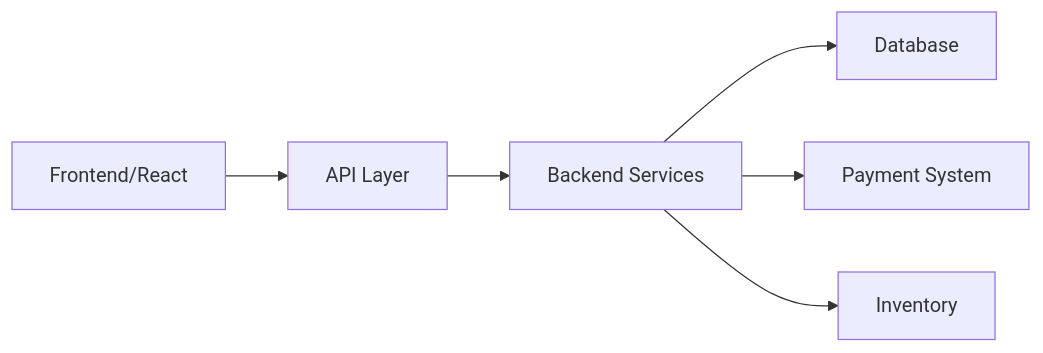
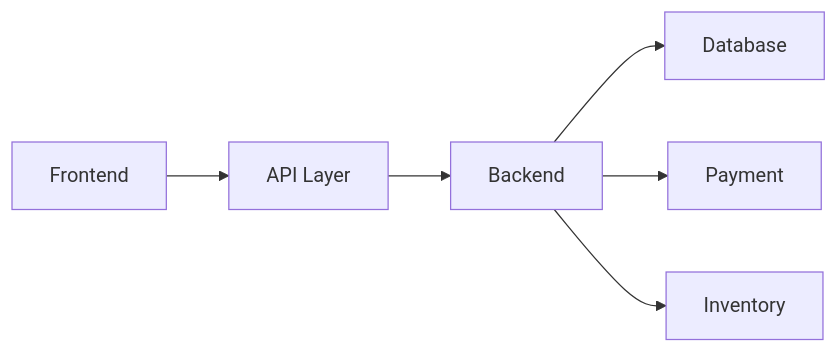
One commit to Arinhakeo/Portfolio-Project changed the seventh of 9 diagrams in presentation.md. Above: the diagram before and after it, drawn with Mermaid. The commit also changed other lines of this file and 65 other files, not shown here.

````diff
--- a/presentation.md
+++ b/presentation.md
@@ -155,8 +127,8 @@
 ```mermaid
 flowchart LR
-    A[Frontend/React] --> B[API Layer]
-    B --> C[Backend Services]
+    A[Frontend] --> B[API Layer]
+    B --> C[Backend]
     C --> D[Database]
-    C --> E[Payment System]
+    C --> E[Payment]
     C --> F[Inventory]
 ```
````
